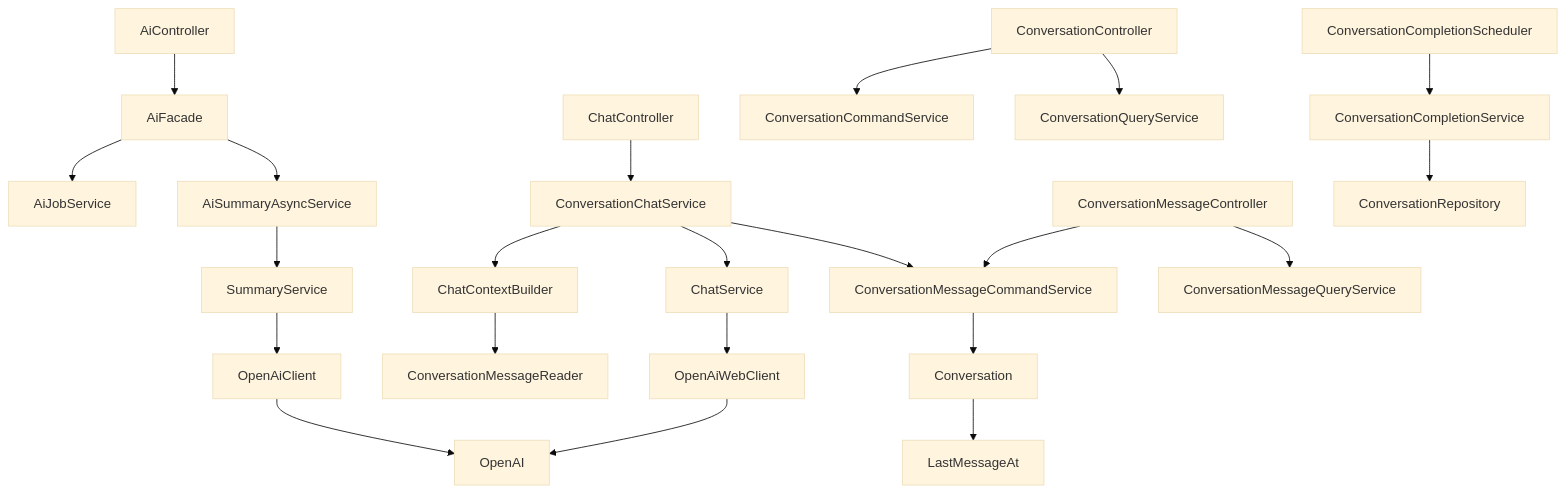
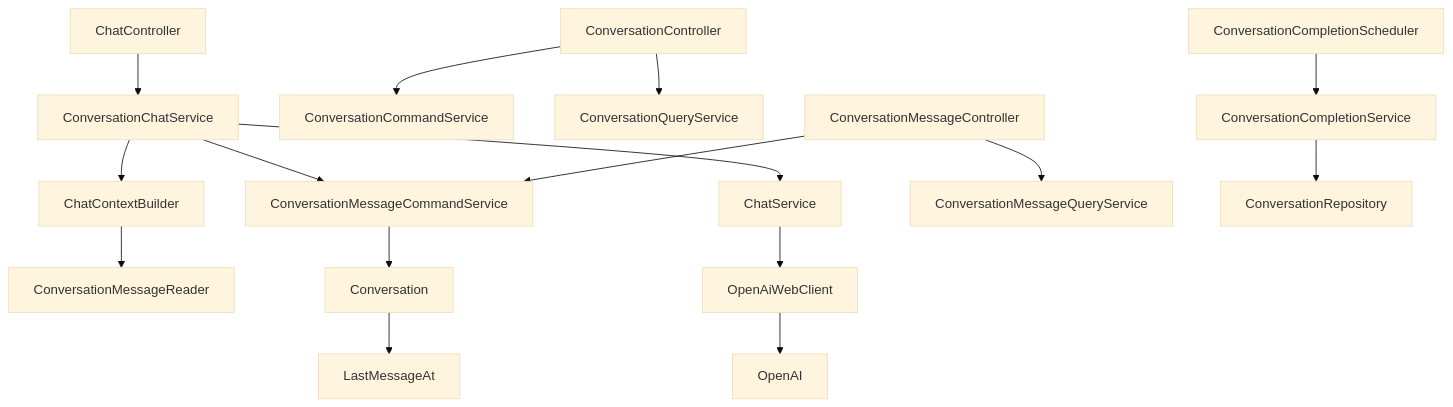
Before and after one commit to keunoh/feldbuch: the third of 5 diagrams in docs/FELDBUCH_DEVELOPMENT_DOCUMENTATION.md, drawn with Mermaid (base theme). The commit also changed other lines of this file and 5 other files, not shown here.

````diff
--- a/docs/FELDBUCH_DEVELOPMENT_DOCUMENTATION.md
+++ b/docs/FELDBUCH_DEVELOPMENT_DOCUMENTATION.md
@@ -216,26 +182,19 @@
 ```mermaid
 flowchart TD
-    AiController --> AiFacade
-    AiFacade --> AiJobService
-    AiFacade --> AiSummaryAsyncService
-    AiSummaryAsyncService --> SummaryService
-    SummaryService --> OpenAiClient
-    OpenAiClient --> OpenAI
-
     ChatController --> ConversationChatService
     ConversationChatService --> ConversationMessageCommandService
     ConversationChatService --> ChatContextBuilder
     ConversationChatService --> ChatService
     ChatContextBuilder --> ConversationMessageReader
     ChatService --> OpenAiWebClient
     OpenAiWebClient --> OpenAI
 
     ConversationController --> ConversationCommandService
     ConversationController --> ConversationQueryService
     ConversationMessageController --> ConversationMessageCommandService
     ConversationMessageController --> ConversationMessageQueryService
     ConversationCompletionScheduler --> ConversationCompletionService
     ConversationCompletionService --> ConversationRepository
     ConversationMessageCommandService --> Conversation
     Conversation --> LastMessageAt
 ```
````
